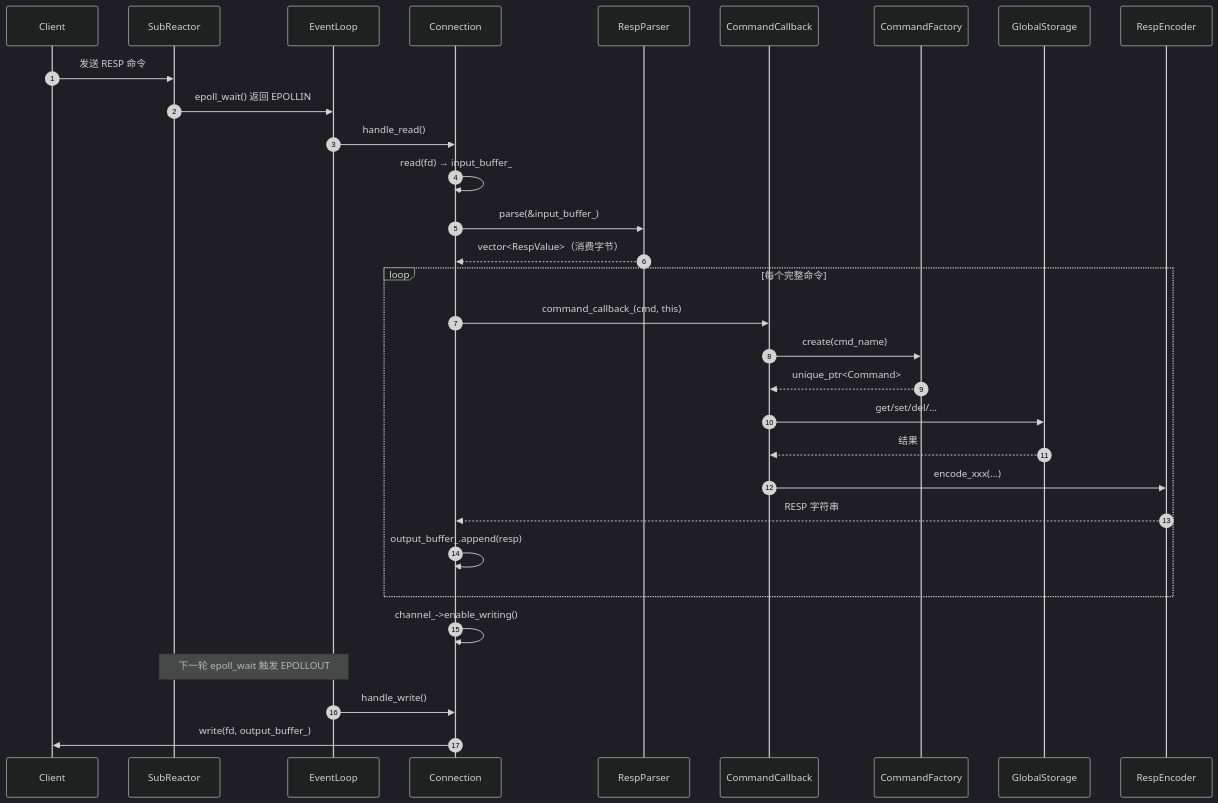
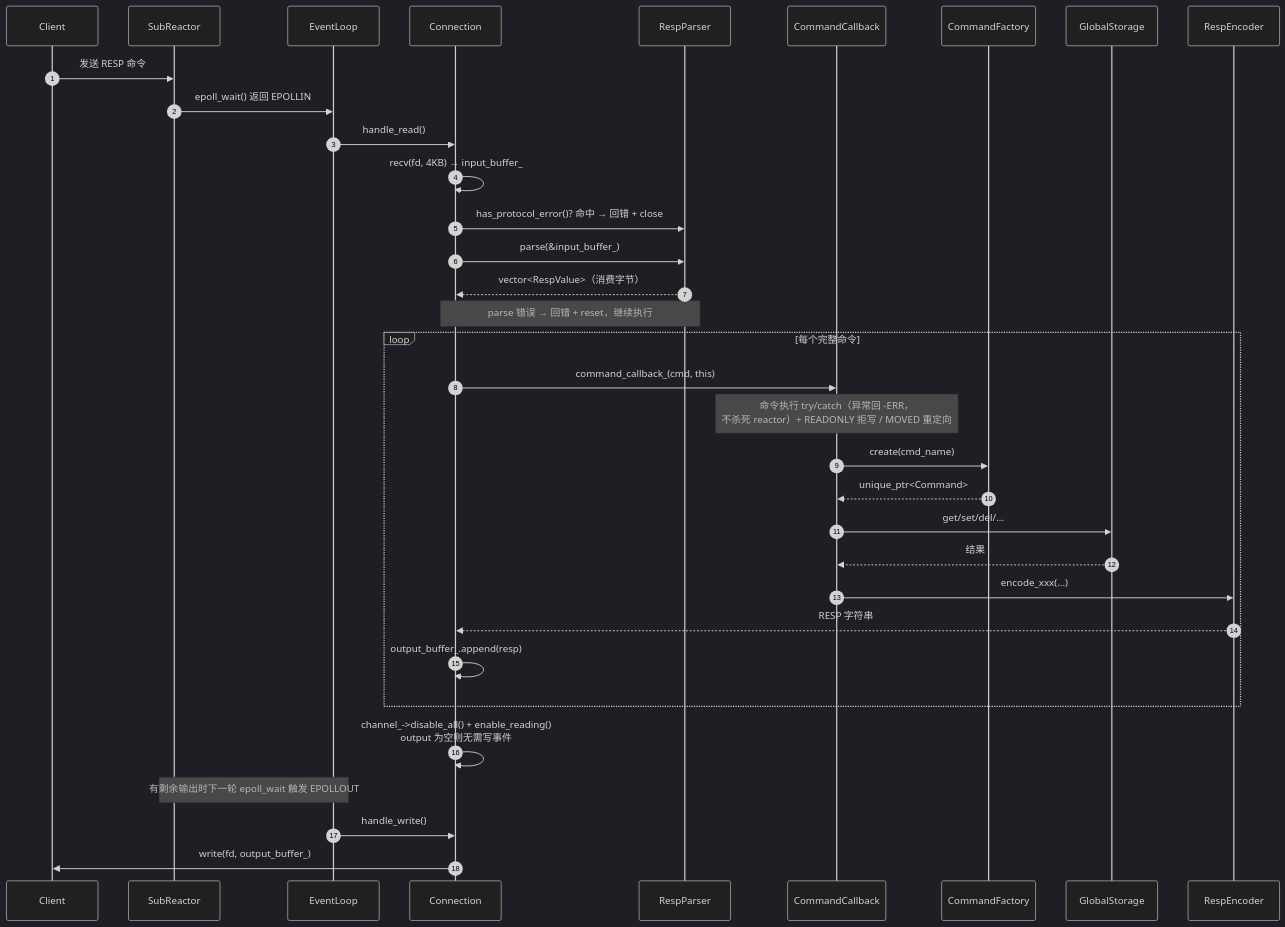
The third of 5 diagrams in docs/architecture/network.md (zimingttkx/ConcurrentCache), drawn with Mermaid (dark theme) before and after one commit. The commit also changed other lines of this file and 9 other files, not shown here.

````diff
--- a/docs/architecture/network.md
+++ b/docs/architecture/network.md
@@ -253,34 +313,37 @@
 ```mermaid
 sequenceDiagram
     autonumber
     participant C as Client
     participant SR as SubReactor
     participant EL as EventLoop
     participant CON as Connection
     participant P as RespParser
     participant CB as CommandCallback
     participant CF as CommandFactory
     participant GS as GlobalStorage
     participant E as RespEncoder
 
     C->>SR: 发送 RESP 命令
     SR->>EL: epoll_wait() 返回 EPOLLIN
     EL->>CON: handle_read()
-    CON->>CON: read(fd) → input_buffer_
+    CON->>CON: recv(fd, 4KB) → input_buffer_
+    CON->>P: has_protocol_error()? 命中 → 回错 + close
     CON->>P: parse(&input_buffer_)
     P-->>CON: vector<RespValue>（消费字节）
+    Note over CON,P: parse 错误 → 回错 + reset，继续执行
     loop 每个完整命令
         CON->>CB: command_callback_(cmd, this)
+        Note over CB: 命令执行 try/catch（异常回 -ERR，<br/>不杀死 reactor）+ READONLY 拒写 / MOVED 重定向
         CB->>CF: create(cmd_name)
         CF-->>CB: unique_ptr<Command>
         CB->>GS: get/set/del/...
         GS-->>CB: 结果
         CB->>E: encode_xxx(...)
         E-->>CON: RESP 字符串
         CON->>CON: output_buffer_.append(resp)
     end
-    CON->>CON: channel_->enable_writing()
-    Note over SR,EL: 下一轮 epoll_wait 触发 EPOLLOUT
+    CON->>CON: channel_->disable_all() + enable_reading()<br/>output 为空则无需写事件
+    Note over SR,EL: 有剩余输出时下一轮 epoll_wait 触发 EPOLLOUT
     EL->>CON: handle_write()
     CON->>C: write(fd, output_buffer_)
 ```
````
